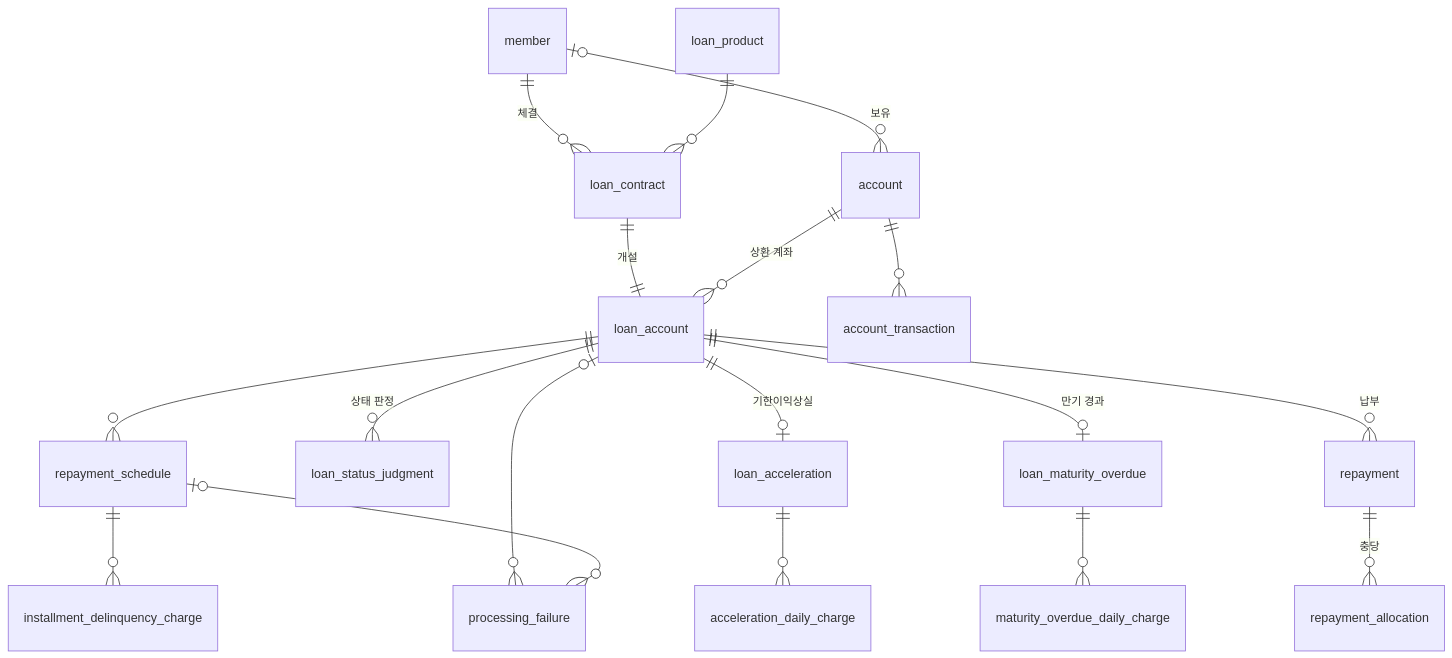
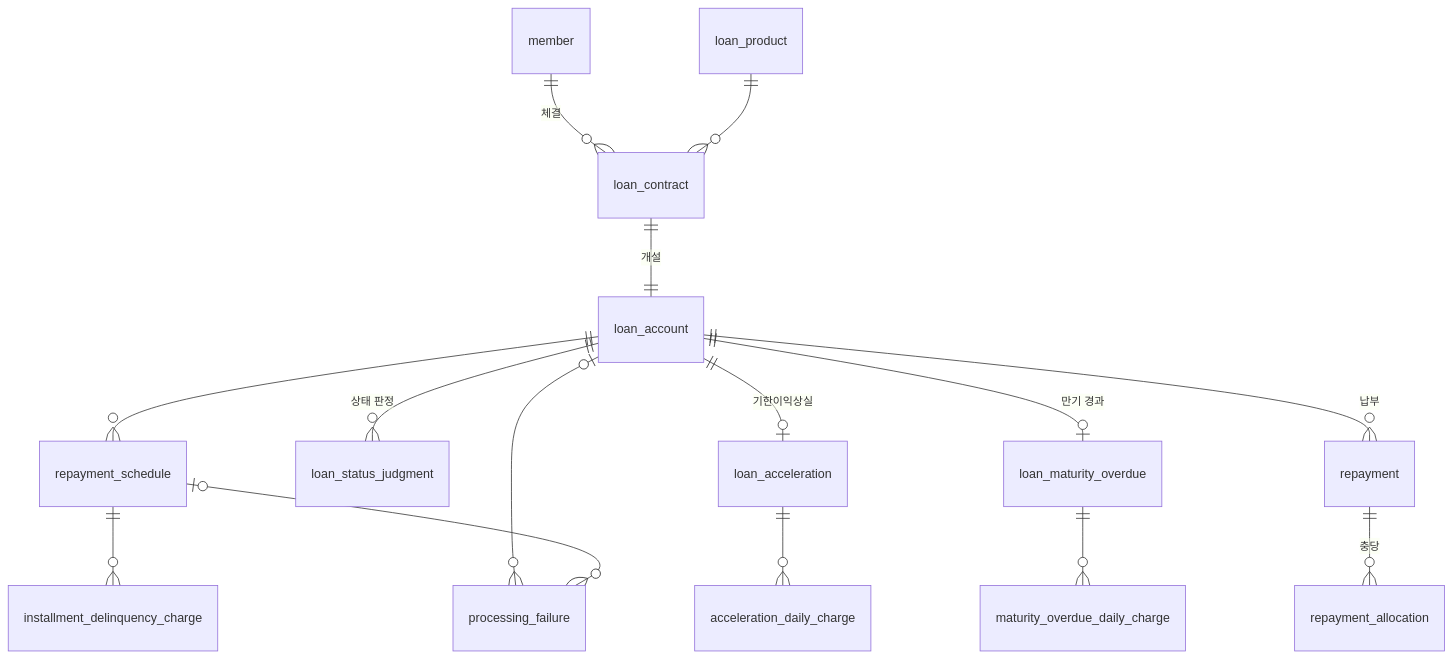
Before and after one commit to Loan-Repayment-System/repayment-backend: the diagram in docs/erd.md, drawn with Mermaid. The commit also changed other lines of this file and 51 other files, not shown here.

````diff
--- a/docs/erd.md
+++ b/docs/erd.md
@@ -39,20 +36,17 @@
 ```mermaid
 erDiagram
-    member |o--o{ account : "보유"
     member ||--o{ loan_contract : "체결"
     loan_product ||--o{ loan_contract : ""
     loan_contract ||--|| loan_account : "개설"
-    account ||--o{ loan_account : "상환 계좌"
-    account ||--o{ account_transaction : ""
     loan_account ||--o{ repayment_schedule : ""
     loan_account ||--o{ loan_status_judgment : "상태 판정"
     repayment_schedule ||--o{ installment_delinquency_charge : ""
     loan_account ||--o| loan_acceleration : "기한이익상실"
     loan_acceleration ||--o{ acceleration_daily_charge : ""
     loan_account ||--o| loan_maturity_overdue : "만기 경과"
     loan_maturity_overdue ||--o{ maturity_overdue_daily_charge : ""
     loan_account ||--o{ repayment : "납부"
     repayment ||--o{ repayment_allocation : "충당"
     loan_account |o--o{ processing_failure : ""
     repayment_schedule |o--o{ processing_failure : ""
 ```
````
